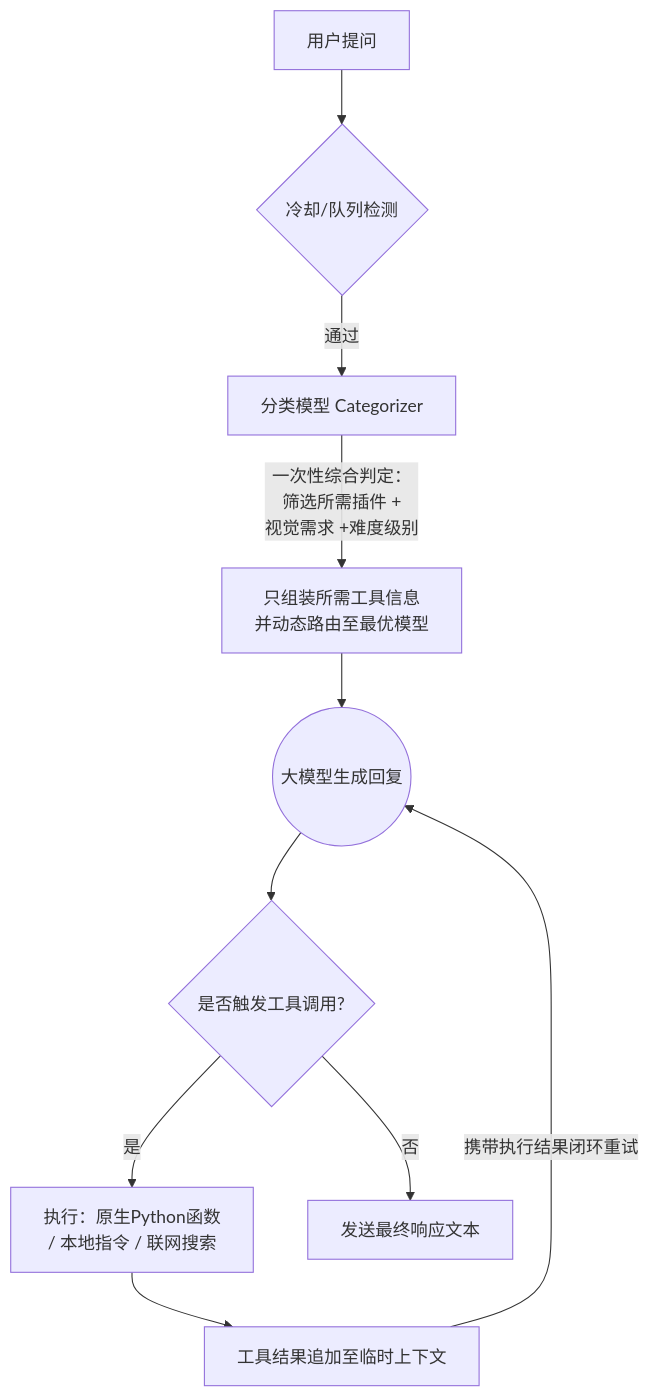
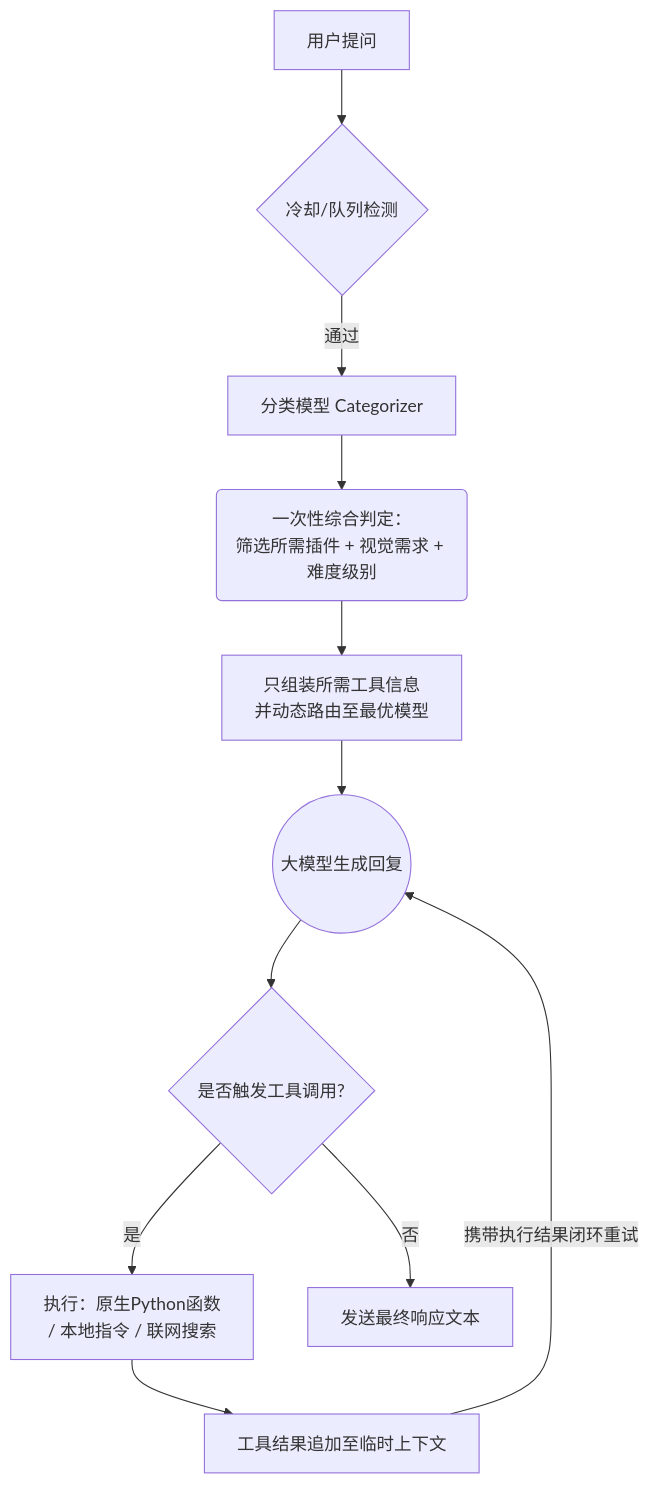
The diagram in README.md (Elflare/nonebot-plugin-moellmchats), drawn with Mermaid before and after one commit.

````diff
--- a/README.md
+++ b/README.md
@@ -334,17 +334,19 @@
 ```mermaid
-graph TD
+flowchart TD
     A[用户提问] --> B{冷却/队列检测}
     B -->|通过| C[分类模型 Categorizer]
 
-    C -->|一次性综合判定：<br>筛选所需插件 +  <br>视觉需求 +难度级别| D[只组装所需工具信息<br>并动态路由至最优模型]
+    %% 将复杂的连线说明提取为独立的判定节点，彻底规避边标签过大的问题
+    C --> C_Cond(一次性综合判定：<br>筛选所需插件 + 视觉需求 + 难度级别)
+    C_Cond --> D[只组装所需工具信息<br>并动态路由至最优模型]
 
     D --> E((大模型生成回复))
 
     E --> F{是否触发工具调用?}
 
     F -->|是| G[执行：原生Python函数<br> / 本地指令 / 联网搜索]
     G --> H[工具结果追加至临时上下文]
     H -->|携带执行结果闭环重试| E
 
     F -->|否| I[发送最终响应文本]
 ```
````
